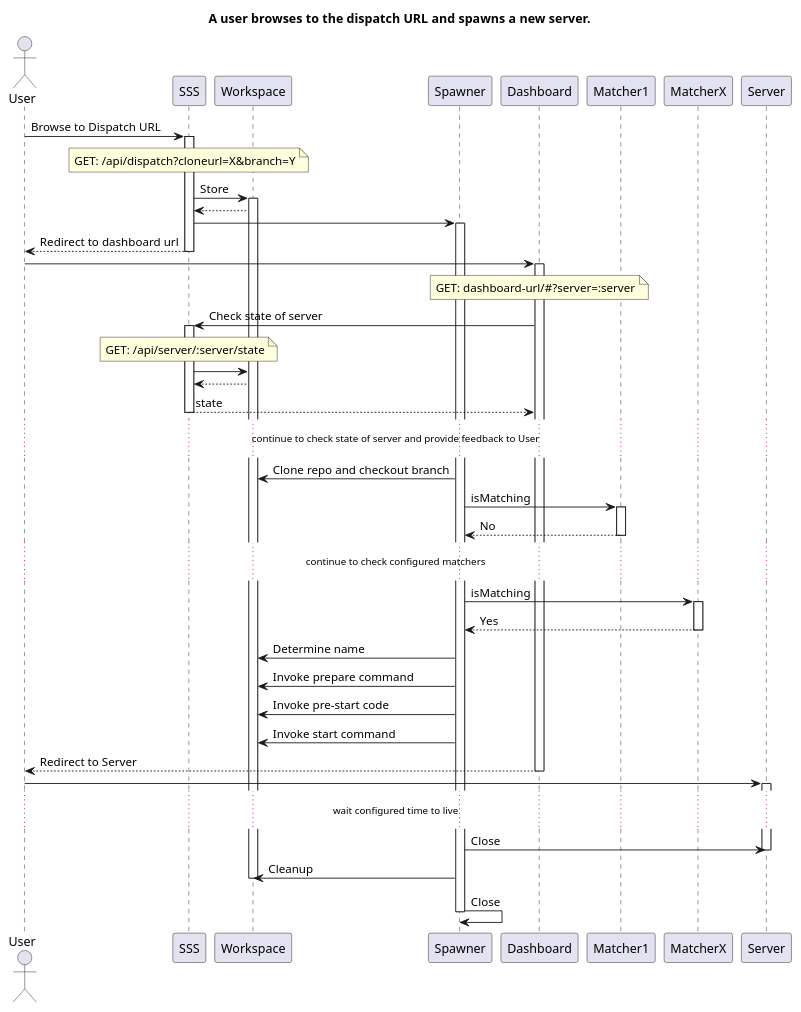
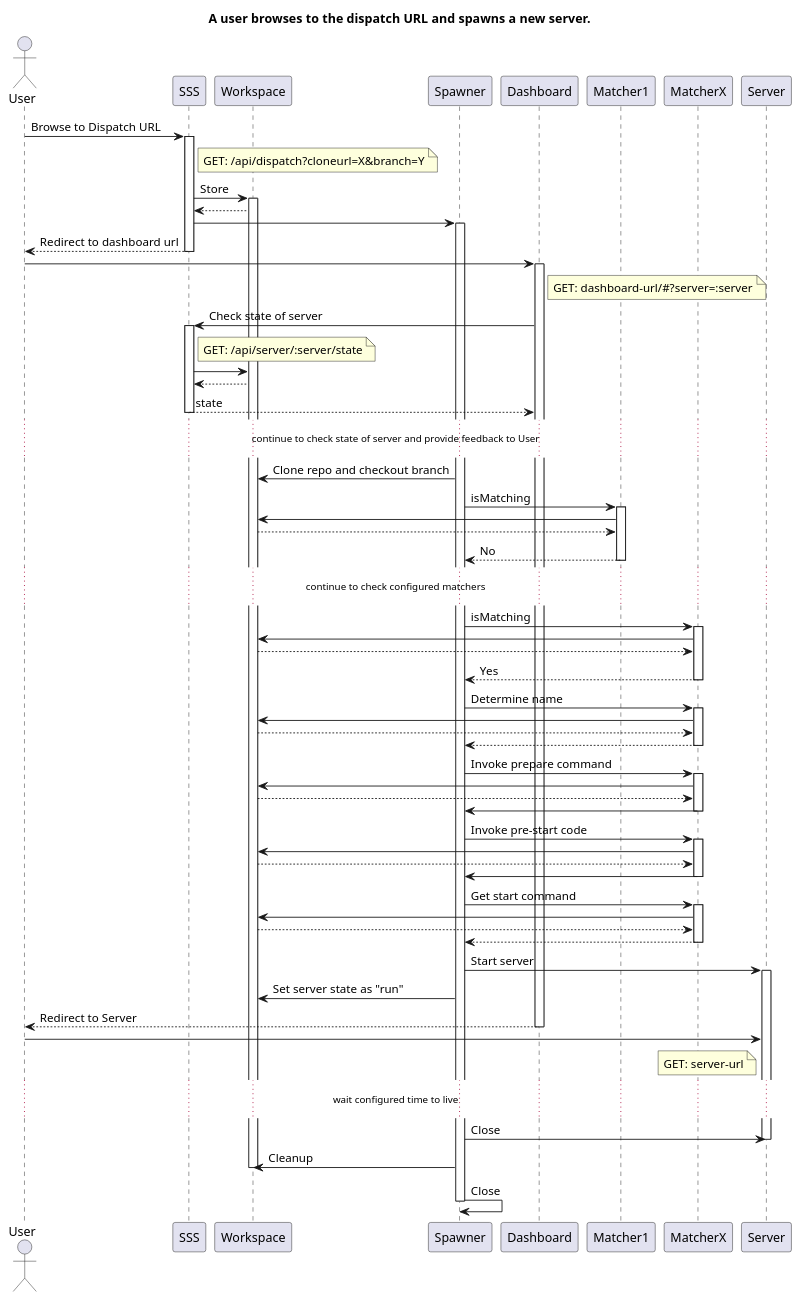
One commit to tomasbjerre/serverless-server-spawner changed the diagram in flow.plantuml. Above: the diagram before and after it, drawn with PlantUML. The commit also changed other lines of this file and 2 other files, not shown here.

```diff
--- a/flow.plantuml
+++ b/flow.plantuml
@@ -1,60 +1,92 @@
 @startuml
 actor User
 
 title A user browses to the dispatch URL and spawns a new server.
 
 User -> SSS: Browse to Dispatch URL
 activate SSS
-note over SSS: GET: /api/dispatch?cloneurl=X&branch=Y
+note right SSS: GET: /api/dispatch?cloneurl=X&branch=Y
 SSS -> Workspace: Store
 activate Workspace
 Workspace --> SSS
 SSS -> Spawner
 activate Spawner
 SSS --> User: Redirect to dashboard url
 deactivate SSS
 
 User -> Dashboard
-note over Dashboard: GET: dashboard-url/#?server=:server
+note right Dashboard: GET: dashboard-url/#?server=:server
 activate Dashboard
 Dashboard -> SSS: Check state of server
-note over SSS: GET: /api/server/:server/state
+note right SSS: GET: /api/server/:server/state
 activate SSS
 SSS -> Workspace
 Workspace --> SSS
 SSS --> Dashboard: state
 deactivate SSS
 
 ... continue to check state of server and provide feedback to User ...
 
 Spawner -> Workspace: Clone repo and checkout branch
 Spawner -> Matcher1: isMatching
 activate Matcher1
+Matcher1 -> Workspace
+Workspace --> Matcher1
 Matcher1 --> Spawner: No
 deactivate Matcher1
 
 ... continue to check configured matchers ...
 
 Spawner -> MatcherX: isMatching
 activate MatcherX
+MatcherX -> Workspace
+Workspace --> MatcherX
 MatcherX --> Spawner: Yes
 deactivate MatcherX
-Spawner -> Workspace: Determine name
-Spawner -> Workspace: Invoke prepare command
-Spawner -> Workspace: Invoke pre-start code
-Spawner -> Workspace: Invoke start command
+
+Spawner -> MatcherX: Determine name
+activate MatcherX
+MatcherX -> Workspace
+Workspace --> MatcherX
+MatcherX --> Spawner
+deactivate MatcherX
+
+Spawner -> MatcherX: Invoke prepare command
+activate MatcherX
+MatcherX -> Workspace
+Workspace --> MatcherX
+MatcherX -> Spawner
+deactivate MatcherX
+
+Spawner -> MatcherX: Invoke pre-start code
+activate MatcherX
+MatcherX -> Workspace
+Workspace --> MatcherX
+MatcherX -> Spawner
+deactivate MatcherX
+
+Spawner -> MatcherX: Get start command
+activate MatcherX
+MatcherX -> Workspace
+Workspace --> MatcherX
+MatcherX --> Spawner
+deactivate MatcherX
+
+Spawner -> Server: Start server
+activate Server
+Spawner -> Workspace: Set server state as "run"
 
 Dashboard --> User: Redirect to Server
 deactivate Dashboard
 User -> Server
-activate Server
+note left Server: GET: server-url
 
 ... wait configured time to live ...
 
 Spawner -> Server: Close
 deactivate Server
 Spawner -> Workspace: Cleanup
 deactivate Workspace
 Spawner -> Spawner: Close
 deactivate Spawner
 @enduml
```
